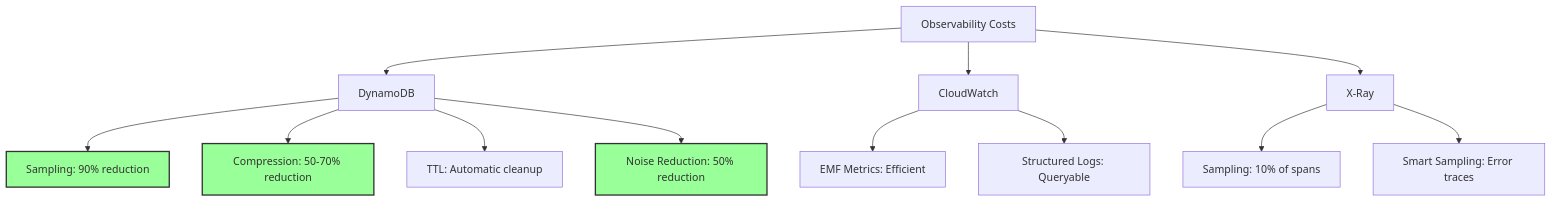
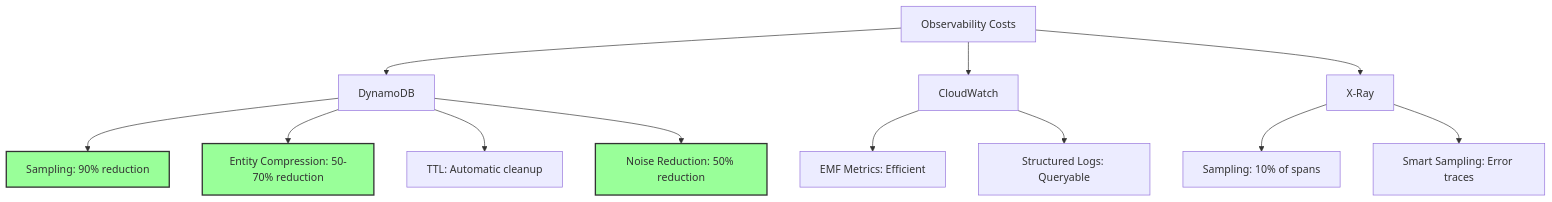
Before and after one commit to ten24group/fw24: the ninth of 9 diagrams in src/observability/README.md, drawn with Mermaid. The commit also changed other lines of this file and 32 other files, not shown here.

````diff
--- a/src/observability/README.md
+++ b/src/observability/README.md
@@ -971,21 +1051,21 @@
 ```mermaid
 graph TD
     A[Observability Costs] --> B[DynamoDB]
     A --> C[CloudWatch]
     A --> D[X-Ray]
     
     B --> B1[Sampling: 90% reduction]
-    B --> B2[Compression: 50-70% reduction]
+    B --> B2[Entity Compression: 50-70% reduction]
     B --> B3[TTL: Automatic cleanup]
     B --> B4[Noise Reduction: 50% reduction]
     
     C --> C1[EMF Metrics: Efficient]
     C --> C2[Structured Logs: Queryable]
     
     D --> D1[Sampling: 10% of spans]
     D --> D2[Smart Sampling: Error traces]
     
     style B1 fill:#9f9,stroke:#333,stroke-width:2px
     style B2 fill:#9f9,stroke:#333,stroke-width:2px
     style B4 fill:#9f9,stroke:#333,stroke-width:2px
 ```
````
